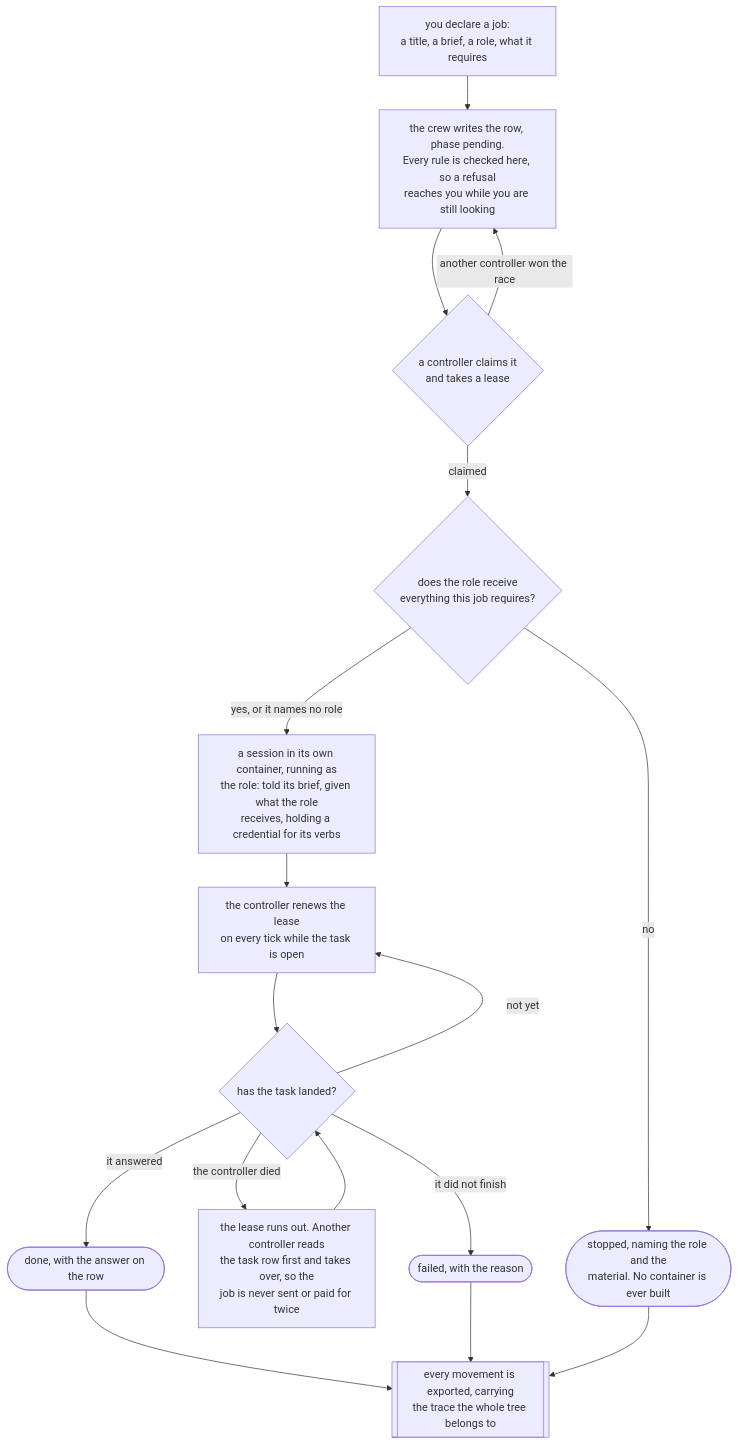
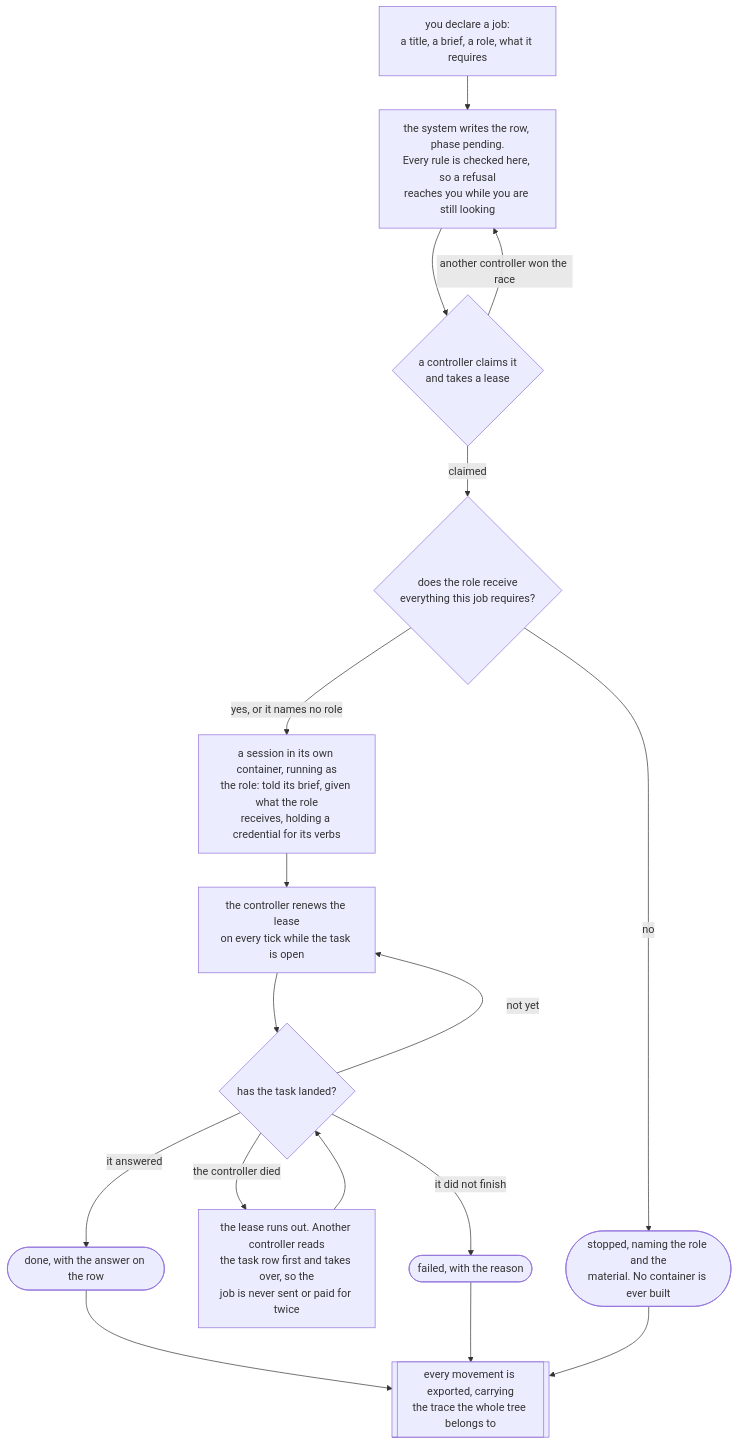
One commit to atlantic-blue/quay-crew changed the first of 19 diagrams in docs/ORCHESTRATION.md. Above: the diagram before and after it, drawn with Mermaid. The commit also changed other lines of this file and 496 other files, not shown here.

Commit message:
506: refactor: the word for the level above every workspace is system

````diff
--- a/docs/ORCHESTRATION.md
+++ b/docs/ORCHESTRATION.md
@@ -157,20 +157,20 @@
 ```mermaid
 flowchart TD
     DECLARE["you declare a job:<br/>a title, a brief, a role, what it requires"]
-    DECLARE --> ROW["the crew writes the row, phase pending.<br/>Every rule is checked here, so a refusal<br/>reaches you while you are still looking"]
+    DECLARE --> ROW["the system writes the row, phase pending.<br/>Every rule is checked here, so a refusal<br/>reaches you while you are still looking"]
     ROW --> CLAIM{"a controller claims it<br/>and takes a lease"}
     CLAIM -->|"another controller won the race"| ROW
     CLAIM -->|"claimed"| RECEIVES{"does the role receive<br/>everything this job requires?"}
     RECEIVES -->|"no"| STOPPED(["stopped, naming the role and the<br/>material. No container is ever built"])
     RECEIVES -->|"yes, or it names no role"| SESSION["a session in its own container, running as<br/>the role: told its brief, given what the role<br/>receives, holding a credential for its verbs"]
     SESSION --> RENEW["the controller renews the lease<br/>on every tick while the task is open"]
     RENEW --> LANDED{"has the task landed?"}
     LANDED -->|"not yet"| RENEW
     LANDED -->|"the controller died"| TAKEOVER["the lease runs out. Another controller reads<br/>the task row first and takes over, so the<br/>job is never sent or paid for twice"]
     TAKEOVER --> LANDED
     LANDED -->|"it answered"| DONE(["done, with the answer on the row"])
     LANDED -->|"it did not finish"| FAILED(["failed, with the reason"])
     DONE --> RECORD[["every movement is exported, carrying<br/>the trace the whole tree belongs to"]]
     FAILED --> RECORD
     STOPPED --> RECORD
 ```
````
